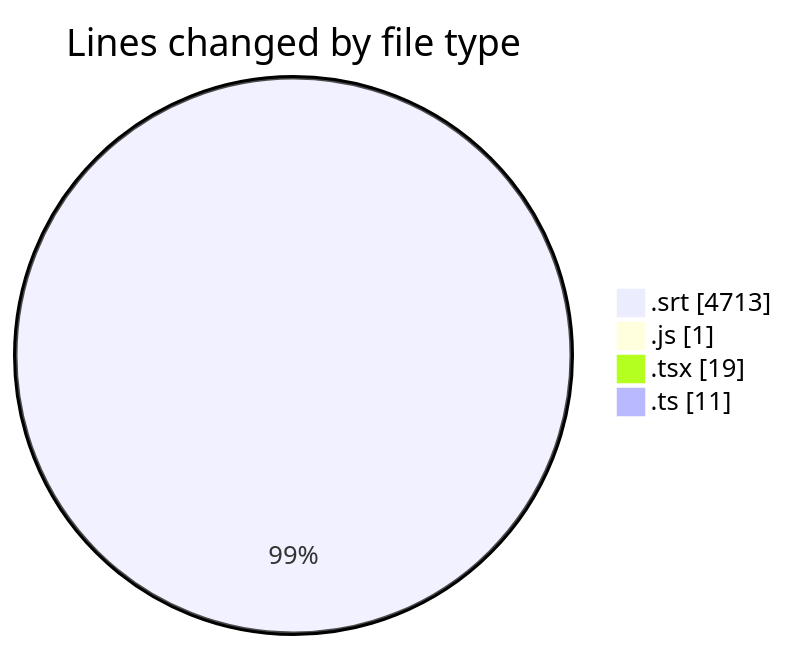
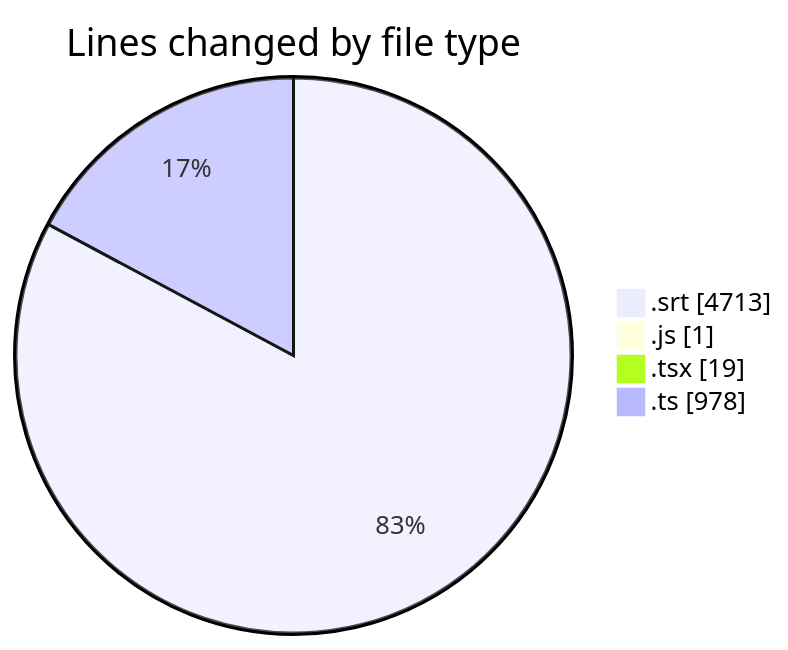
Before and after one commit to momahboobian/code-tracking: the first of 2 diagrams in 2026-09-21/cda/README.md, drawn with Mermaid. The commit also changed other lines of this file and 1 other file, not shown here.

````diff
--- a/2026-09-21/cda/README.md
+++ b/2026-09-21/cda/README.md
@@ -24,8 +26,8 @@
 ```mermaid
 pie showData
 title Lines changed by file type
 ".srt" : 4713
 ".js" : 1
 ".tsx" : 19
-".ts" : 11
+".ts" : 978
 ```
````
